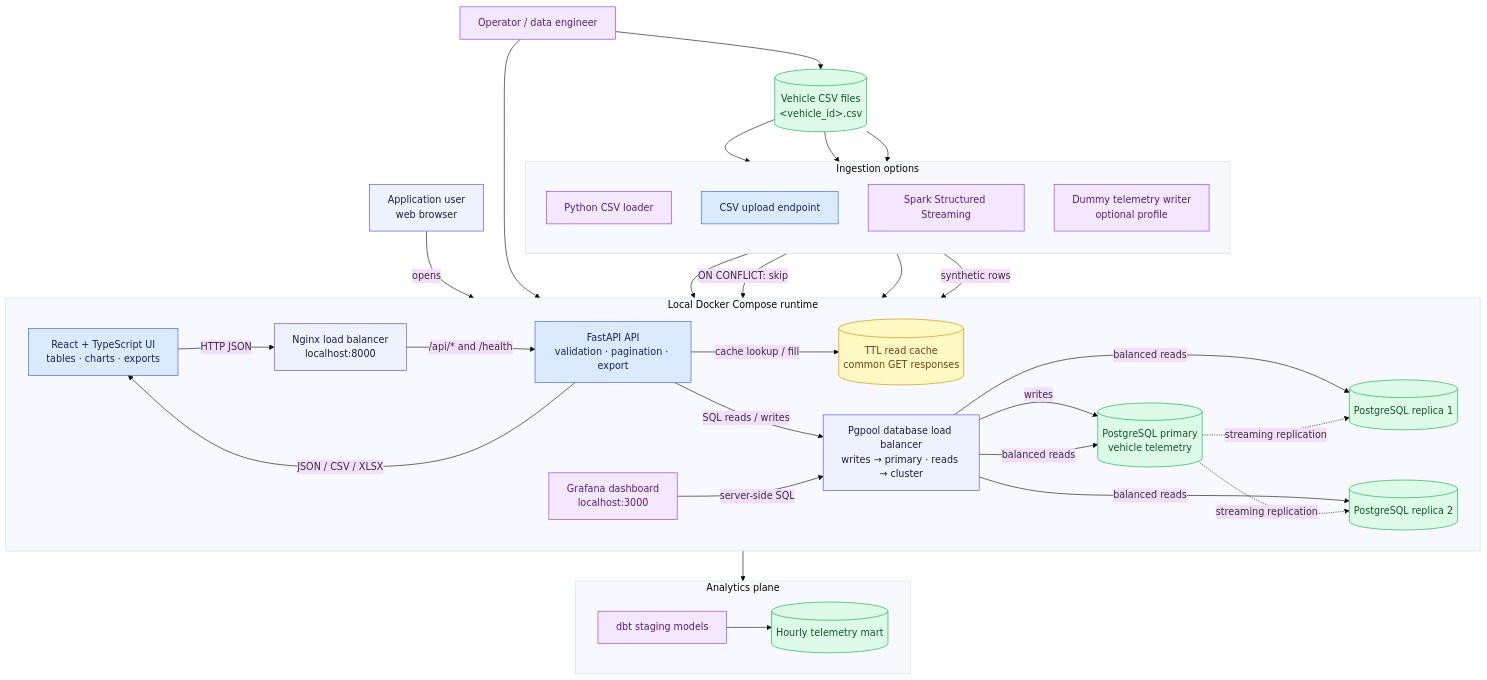
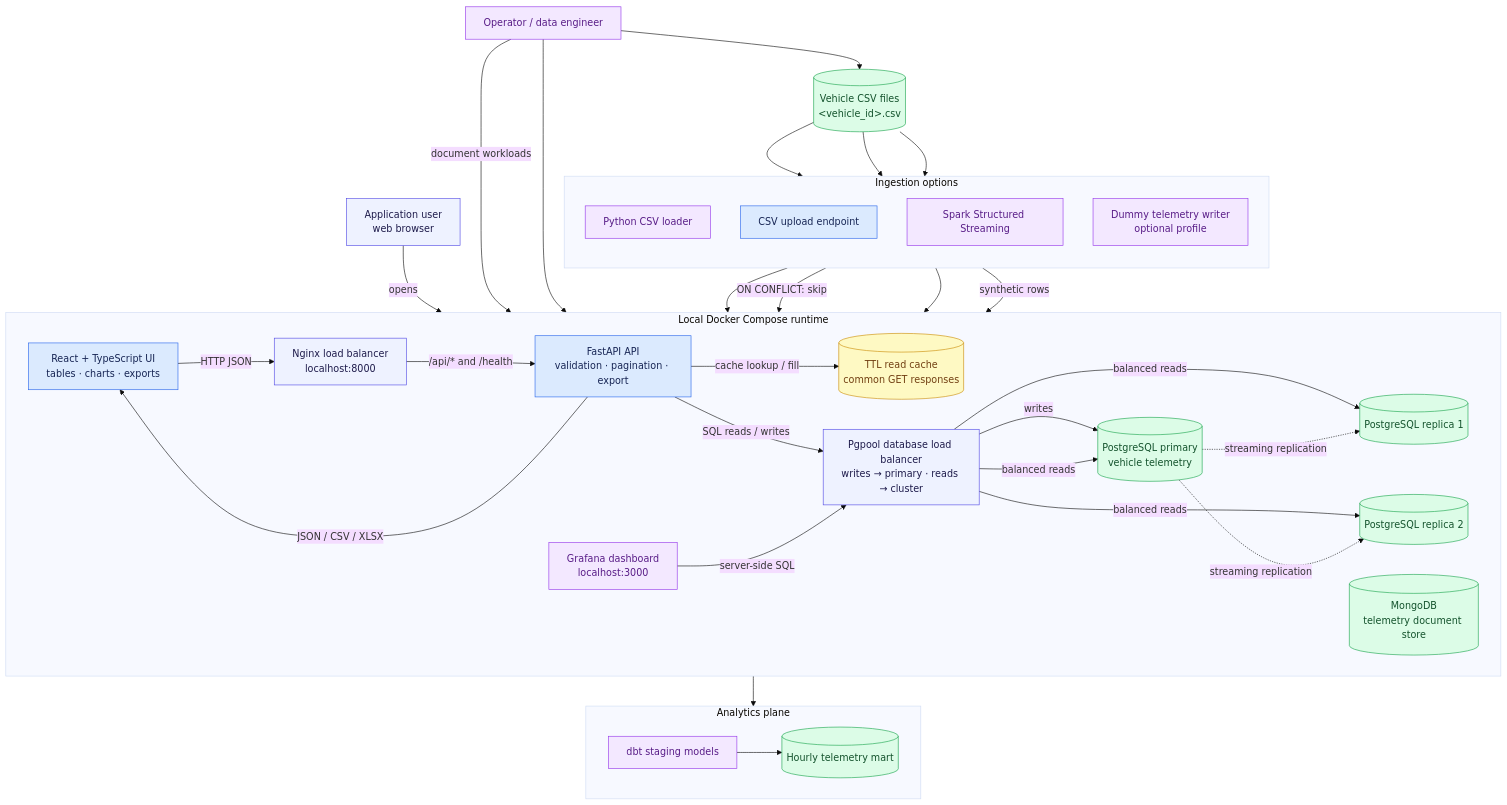
One commit to MDSYN2019/volteras_test changed the diagram in README.md. Above: the diagram before and after it, drawn with Mermaid (base theme). The commit also changed other lines of this file and 3 other files, not shown here.

Commit message:
Add MongoDB telemetry document store

````diff
--- a/README.md
+++ b/README.md
@@ -31,62 +32,64 @@
 ```mermaid
 flowchart TB
     classDef edge fill:#eef2ff,stroke:#4f46e5,color:#1e1b4b;
     classDef app fill:#dbeafe,stroke:#2563eb,color:#172554;
     classDef cache fill:#fef9c3,stroke:#ca8a04,color:#713f12;
     classDef data fill:#dcfce7,stroke:#16a34a,color:#14532d;
     classDef ops fill:#f3e8ff,stroke:#9333ea,color:#581c87;
 
     User[Application user<br/>web browser]:::edge
     Operator[Operator / data engineer]:::ops
     CSV[(Vehicle CSV files<br/>&lt;vehicle_id&gt;.csv)]:::data
 
     subgraph Runtime[Local Docker Compose runtime]
         direction LR
         UI[React + TypeScript UI<br/>tables · charts · exports]:::app
         LB[Nginx load balancer<br/>localhost:8000]:::edge
         API[FastAPI API<br/>validation · pagination · export]:::app
         Cache[(TTL read cache<br/>common GET responses)]:::cache
         Pgpool[Pgpool database load balancer<br/>writes → primary · reads → cluster]:::edge
         DBPrimary[(PostgreSQL primary<br/>vehicle telemetry)]:::data
         DBReplica1[(PostgreSQL replica 1)]:::data
         DBReplica2[(PostgreSQL replica 2)]:::data
+        MongoDB[(MongoDB<br/>telemetry document store)]:::data
         Grafana[Grafana dashboard<br/>localhost:3000]:::ops
     end
 
     subgraph Ingestion[Ingestion options]
         direction TB
         Loader[Python CSV loader]:::ops
         Upload[CSV upload endpoint]:::app
         Spark[Spark Structured Streaming]:::ops
         Dummy[Dummy telemetry writer<br/>optional profile]:::ops
     end
 
     subgraph Analytics[Analytics plane]
         direction LR
         dbt[dbt staging models]:::ops
         Mart[(Hourly telemetry mart)]:::data
     end
 
     User -->|opens| UI
     UI -->|HTTP JSON| LB
     LB -->|/api/* and /health| API
     API -->|cache lookup / fill| Cache
     API -->|SQL reads / writes| Pgpool
     Pgpool -->|writes| DBPrimary
     Pgpool -->|balanced reads| DBPrimary
     Pgpool -->|balanced reads| DBReplica1
     Pgpool -->|balanced reads| DBReplica2
     DBPrimary -.->|streaming replication| DBReplica1
     DBPrimary -.->|streaming replication| DBReplica2
     API -->|JSON / CSV / XLSX| UI
     Grafana -->|server-side SQL| Pgpool
 
     Operator --> CSV
+    Operator -->|document workloads| MongoDB
     CSV --> Loader --> Pgpool
     CSV --> Spark -->|ON CONFLICT: skip| Pgpool
     CSV --> Upload --> API
     Dummy -->|synthetic rows| Pgpool
 
     Pgpool --> dbt --> Mart
     Operator --> Grafana
 ```
````
